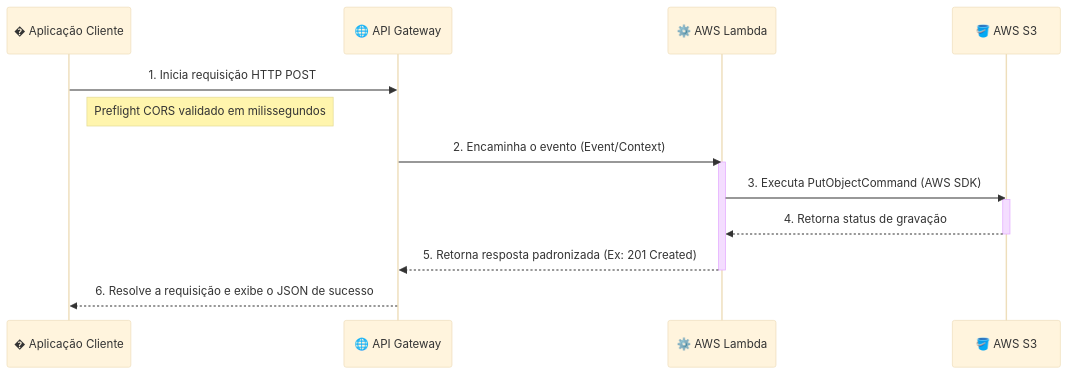
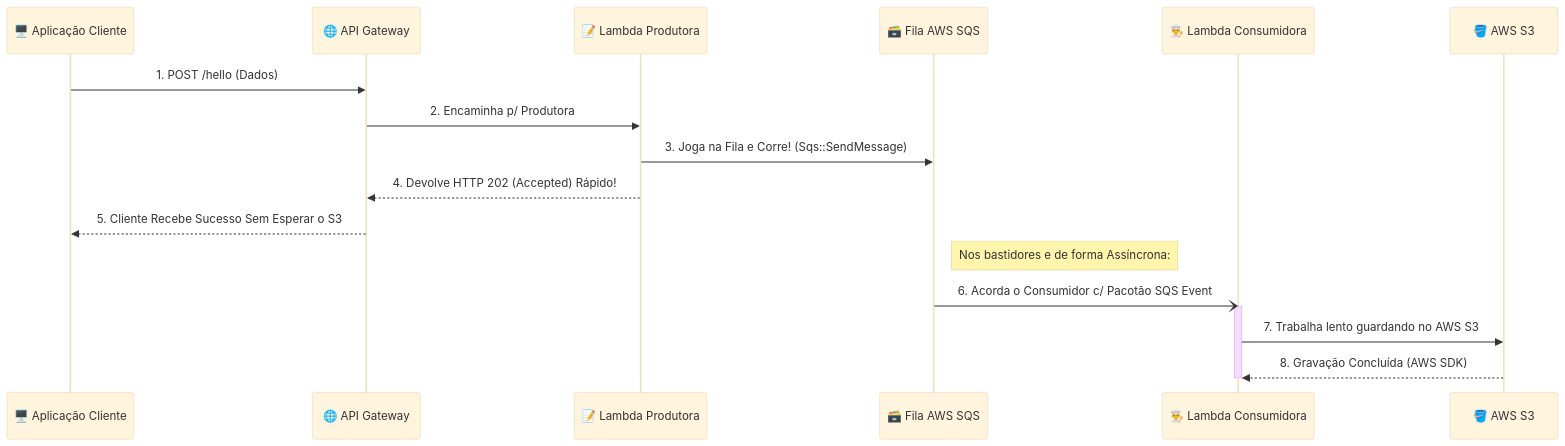
One commit to RafaelB13/aws-study changed the diagram in README.md. Above: the diagram before and after it, drawn with Mermaid (base theme). The commit also changed other lines of this file and 30 other files, not shown here.

````diff
--- a/README.md
+++ b/README.md
@@ -25,19 +31,23 @@
 ```mermaid
 sequenceDiagram
-    participant App as �️ Aplicação Cliente
+    participant App as 🖥️ Aplicação Cliente
     participant APIGW as 🌐 API Gateway
-    participant Lambda as ⚙️ AWS Lambda
+    participant P_Lambda as 📝 Lambda Produtora
+    participant SQS as 🗃️ Fila AWS SQS
+    participant C_Lambda as 👨‍🍳 Lambda Consumidora
     participant S3 as 🪣 AWS S3
 
-    App->>APIGW: 1. Inicia requisição HTTP POST
-    Note right of App: Preflight CORS validado em milissegundos
-    APIGW->>Lambda: 2. Encaminha o evento (Event/Context)
-    activate Lambda
-    Lambda->>S3: 3. Executa PutObjectCommand (AWS SDK)
-    activate S3
-    S3-->>Lambda: 4. Retorna status de gravação
-    deactivate S3
-    Lambda-->>APIGW: 5. Retorna resposta padronizada (Ex: 201 Created)
-    deactivate Lambda
-    APIGW-->>App: 6. Resolve a requisição e exibe o JSON de sucesso
+    App->>APIGW: 1. POST /hello (Dados)
+    APIGW->>P_Lambda: 2. Encaminha p/ Produtora
+    P_Lambda->>SQS: 3. Joga na Fila e Corre! (Sqs::SendMessage)
+    P_Lambda-->>APIGW: 4. Devolve HTTP 202 (Accepted) Rápido!
+    APIGW-->>App: 5. Cliente Recebe Sucesso Sem Esperar o S3
+
+    %% Trabalho Oculto Lento %%
+    Note right of SQS: Nos bastidores e de forma Assíncrona:
+    SQS-)C_Lambda: 6. Acorda o Consumidor c/ Pacotão SQS Event
+    activate C_Lambda
+    C_Lambda->>S3: 7. Trabalha lento guardando no AWS S3
+    S3-->>C_Lambda: 8. Gravação Concluída (AWS SDK)
+    deactivate C_Lambda
 ```
````
